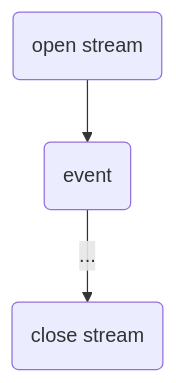
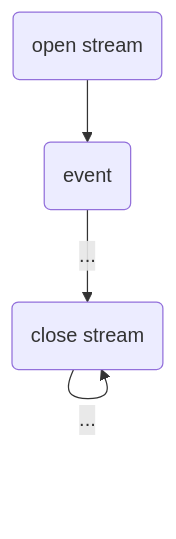
One commit to joaogac/micronaut-fundamentals changed the third of 3 diagrams in README.md. Above: the diagram before and after it, drawn with Mermaid.

````diff
--- a/README.md
+++ b/README.md
@@ -349,5 +349,6 @@
 ```mermaid
 graph TD;
     A(open stream)-->B(event);
-    B(event)-->|...|C(close stream);
+    B(event)-->|...|C(event);
+    C(event)-->|...|C(close stream);
 ```
````
